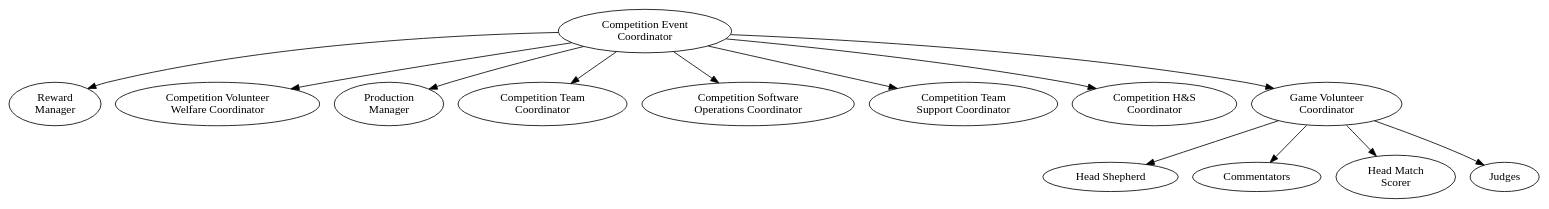
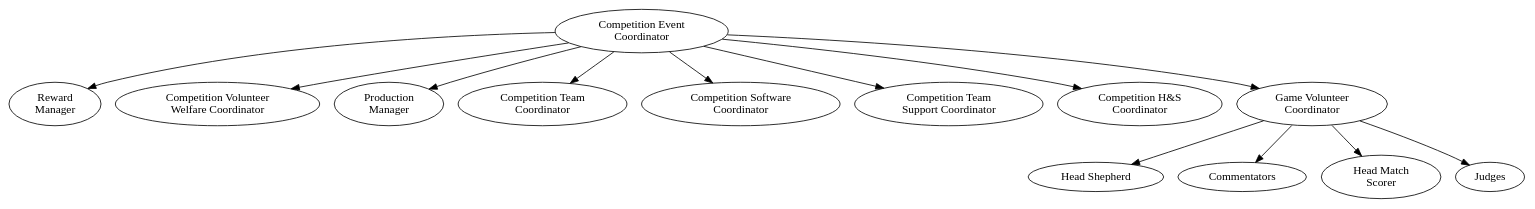
Before and after one commit to Adimote/legacy-ops-manual: the diagram in org-chart/comp-event.dot, drawn with Graphviz. The commit also changed 2 other files, not shown here.

Commit message:
Rename Comp SW Ops Coord to Comp SW Coord
They are also responsible for the development of the software so the
'Operations' in the title was misleading. Fixes #66.

```diff
--- a/org-chart/comp-event.dot
+++ b/org-chart/comp-event.dot
@@ -1,29 +1,29 @@
 digraph {
 	# Competition Coordinator Subordinates
 	comp_event_coord [label="Competition Event\nCoordinator" email="competition-event@studentrobotics.org"];
 
 	# Competition Event Coordinator Subordinates
 	reward_manager[label="Reward\nManager" contactsexclude=true];
 	comp_volunteer_welfare[label="Competition Volunteer\nWelfare Coordinator" email="competition-welfare@studentrobotics.org"];
 	prod_manager[label="Production\nManager" email="production-manager@studentrobotics.org"];
 	comp_team_coord[label="Competition Team\nCoordinator" email="competition-teams@studentrobotics.org"];
-	comp_sw_ops_coord[label="Competition Software\nOperations Coordinator" email="competition-software-ops@studentrobotics.org"];
+	comp_sw_coord[label="Competition Software\nCoordinator" email="competition-software@studentrobotics.org"];
 	comp_team_support_coord[label="Competition Team\nSupport Coordinator" email="competition-team-support@studentrobotics.org"];
 	comp_hs_coord[label="Competition H&S\nCoordinator" email="competition-health-and-safety@studentrobotics.org"];
 	comp_game_vol_coord[label="Game Volunteer\nCoordinator" email="game-volunteers@studentrobotics.org"];
 
 	# Game Volunteer Coordinator Subordinates
 	head_shepherd[label="Head Shepherd" email="shepherding@studentrobotics.org"];
 	commentators[label="Commentators" email="commentators@studentrobotics.org"];
 	head_match_scorer[label="Head Match\nScorer" email="match-scorer@studentrobotics.org"];
 	judges[label="Judges" email="judge@studentrobotics.org"];
 
 	###### Connections between nodes
 	comp_event_coord -> { reward_manager comp_volunteer_welfare
 	            prod_manager comp_team_coord comp_game_vol_coord
-		comp_sw_ops_coord comp_hs_coord
+		comp_sw_coord comp_hs_coord
 		comp_team_support_coord
 		};
 
 	comp_game_vol_coord -> { head_shepherd commentators head_match_scorer judges };
 }
```
